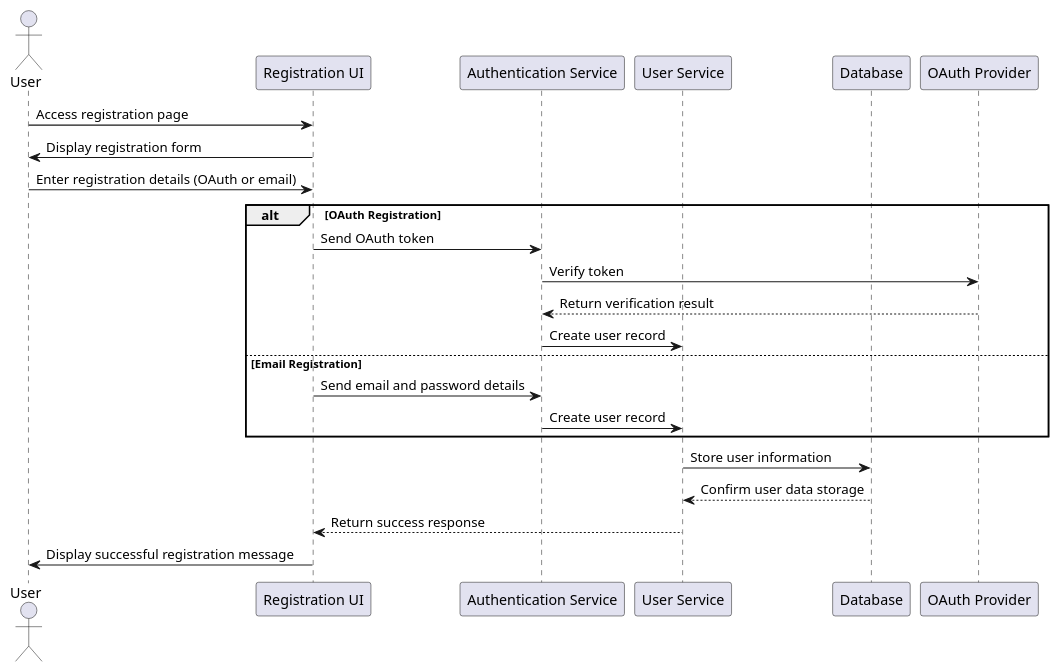
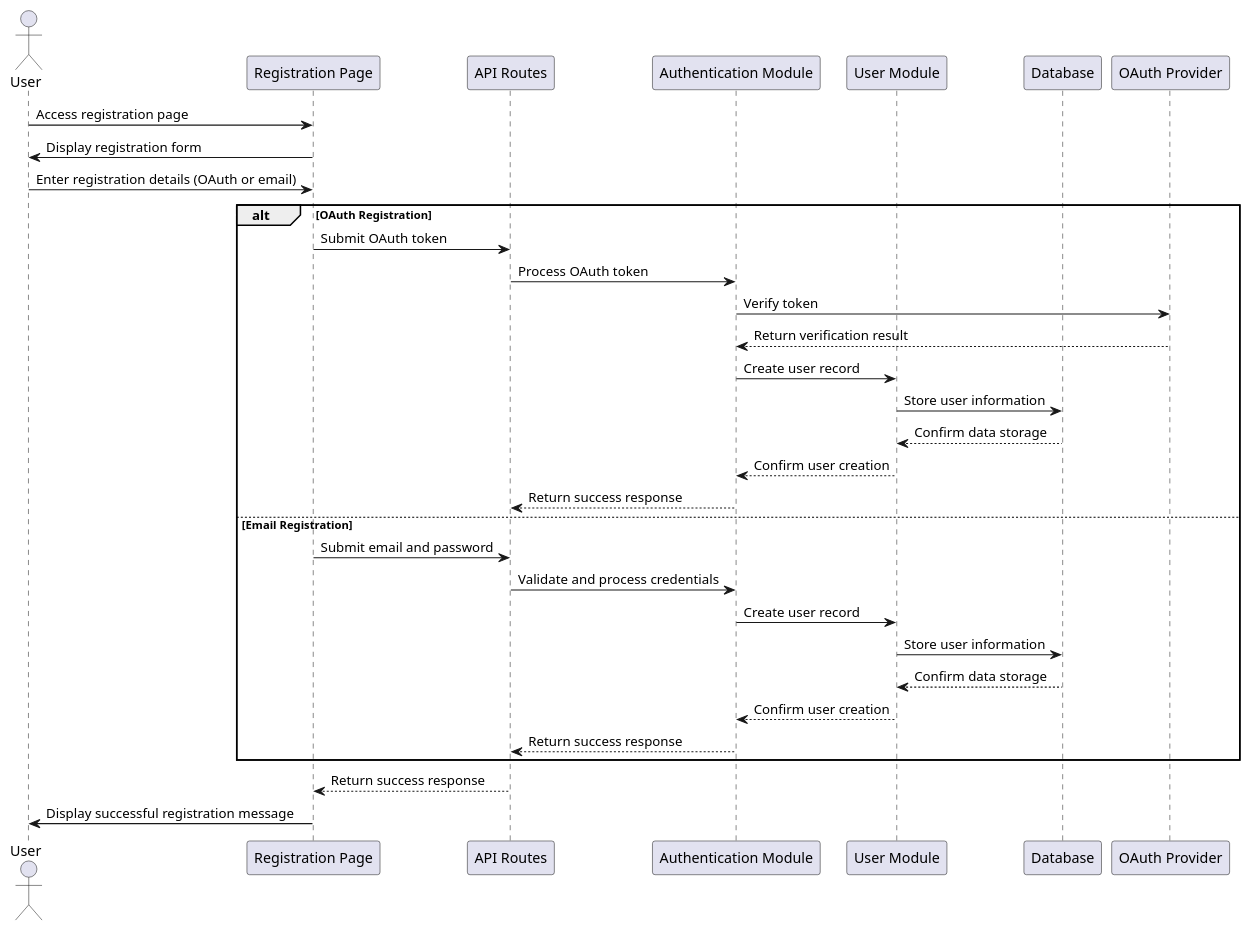
The diagram in projects/jamc/design/diagrams/user-registration-sequence-diagram.puml (alexajuno/notes), drawn with PlantUML before and after one commit. The commit also changed 37 other files, not shown here.

Commit message:
Refactor JAMC project documentation and diagrams; update workspace settings in Obsidian. Removed outdated daily notes and added new diagrams for class management, course monetization, and user registration processes. Updated workspace.json to reflect recent changes in active files and titles.

```diff
--- a/projects/jamc/design/diagrams/user-registration-sequence-diagram.puml
+++ b/projects/jamc/design/diagrams/user-registration-sequence-diagram.puml
@@ -1,28 +1,38 @@
-@startuml user-registration-sequence-diagram
+@startuml User Registration Sequence Diagram Updated
 
 actor User
-participant "Registration UI" as UI
-participant "Authentication Service" as AuthService
-participant "User Service" as UserService
-participant "Database" as DB
-participant "OAuth Provider" as OP
+participant "Registration Page" as RegPage
+participant "API Routes" as APIRoutes
+participant "Authentication Module" as AuthModule
+participant "User Module" as UserModule
+participant "Database" as Database
+participant "OAuth Provider" as OAuthProvider
 
-User -> UI: Access registration page
-UI -> User: Display registration form
-User -> UI: Enter registration details (OAuth or email)
+User -> RegPage: Access registration page
+RegPage -> User: Display registration form
+User -> RegPage: Enter registration details (OAuth or email)
 
 alt OAuth Registration
-    UI -> AuthService: Send OAuth token
-    AuthService -> OP: Verify token
-    OP --> AuthService: Return verification result
-    AuthService -> UserService: Create user record
+    RegPage -> APIRoutes: Submit OAuth token
+    APIRoutes -> AuthModule: Process OAuth token
+    AuthModule -> OAuthProvider: Verify token
+    OAuthProvider --> AuthModule: Return verification result
+    AuthModule -> UserModule: Create user record
+    UserModule -> Database: Store user information
+    Database --> UserModule: Confirm data storage
+    UserModule --> AuthModule: Confirm user creation
+    AuthModule --> APIRoutes: Return success response
 else Email Registration
-    UI -> AuthService: Send email and password details
-    AuthService -> UserService: Create user record
+    RegPage -> APIRoutes: Submit email and password
+    APIRoutes -> AuthModule: Validate and process credentials
+    AuthModule -> UserModule: Create user record
+    UserModule -> Database: Store user information
+    Database --> UserModule: Confirm data storage
+    UserModule --> AuthModule: Confirm user creation
+    AuthModule --> APIRoutes: Return success response
 end
 
-UserService -> DB: Store user information
-DB --> UserService: Confirm user data storage
-UserService --> UI: Return success response
-UI -> User: Display successful registration message
+APIRoutes --> RegPage: Return success response
+RegPage -> User: Display successful registration message
+
 @enduml
```
